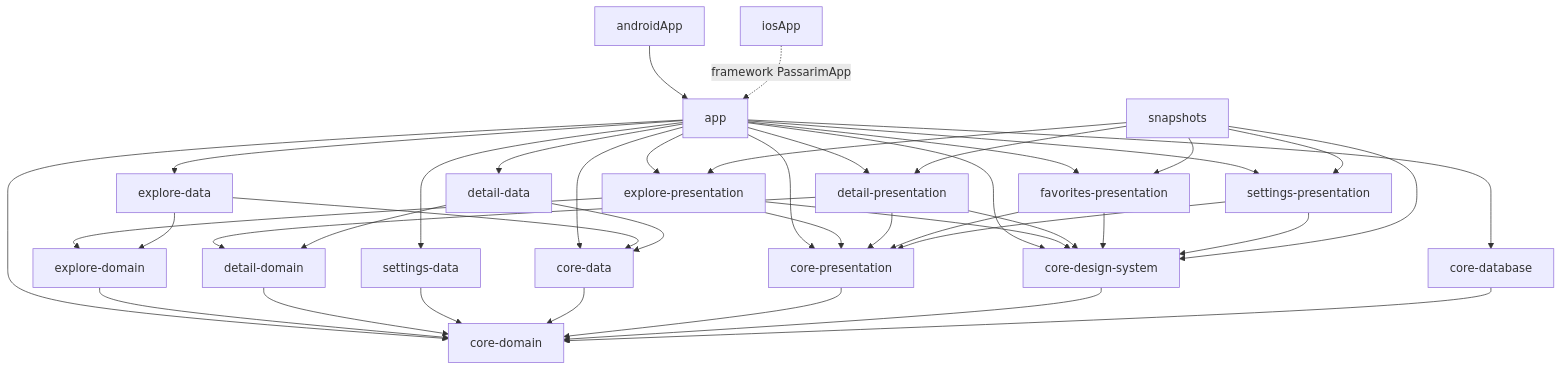
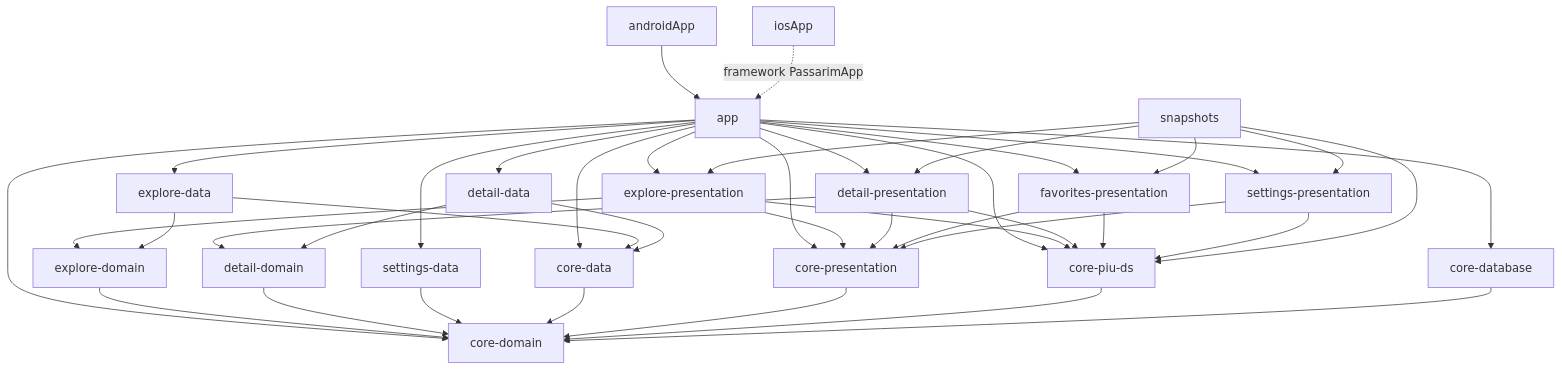
One commit to velosobr/passarim-app changed the diagram in README.md. Above: the diagram before and after it, drawn with Mermaid. The commit also changed other lines of this file and 106 other files, not shown here.

First line of the commit message:
refactor: design system vira PiuDS (core:piu-ds, com.velosobr.piuds, prefixo Piu)

````diff
--- a/README.md
+++ b/README.md
@@ -34,43 +34,43 @@
 ```mermaid
 graph TD
     androidApp --> app
     iosApp -. framework PassarimApp .-> app
     app --> core-domain
     app --> core-data
     app --> core-presentation
-    app --> core-design-system
+    app --> core-piu-ds
     app --> explore-data
     app --> explore-presentation
     app --> detail-data
     app --> detail-presentation
     app --> favorites-presentation
     app --> settings-data
     app --> settings-presentation
     app --> core-database
     explore-presentation --> explore-domain
     explore-presentation --> core-presentation
-    explore-presentation --> core-design-system
+    explore-presentation --> core-piu-ds
     explore-data --> explore-domain
     explore-data --> core-data
     explore-domain --> core-domain
     detail-presentation --> detail-domain
     detail-presentation --> core-presentation
-    detail-presentation --> core-design-system
+    detail-presentation --> core-piu-ds
     detail-data --> detail-domain
     detail-data --> core-data
     detail-domain --> core-domain
     favorites-presentation --> core-presentation
-    favorites-presentation --> core-design-system
+    favorites-presentation --> core-piu-ds
     settings-presentation --> core-presentation
-    settings-presentation --> core-design-system
+    settings-presentation --> core-piu-ds
     settings-data --> core-domain
     core-data --> core-domain
     core-presentation --> core-domain
-    core-design-system --> core-domain
+    core-piu-ds --> core-domain
     core-database --> core-domain
-    snapshots --> core-design-system
+    snapshots --> core-piu-ds
     snapshots --> explore-presentation
     snapshots --> detail-presentation
     snapshots --> favorites-presentation
     snapshots --> settings-presentation
 ```
````
